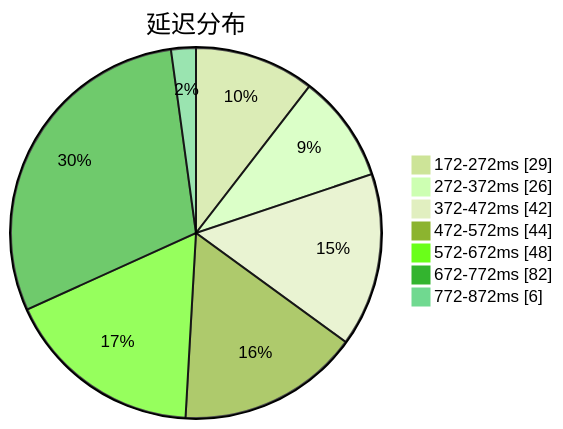
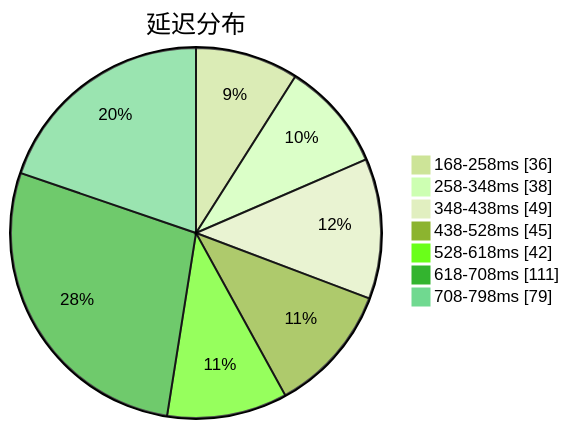
The first of 3 diagrams in subs/statistics/tested_within.md (qjlxg/airport), drawn with Mermaid (forest theme) before and after one commit. The commit also changed other lines of this file and 2 other files, not shown here.

````diff
--- a/subs/statistics/tested_within.md
+++ b/subs/statistics/tested_within.md
@@ -2,11 +2,11 @@
 ```mermaid
 pie showData
 title 延迟分布
-"172-272ms" : 29
-"272-372ms" : 26
-"372-472ms" : 42
-"472-572ms" : 44
-"572-672ms" : 48
-"672-772ms" : 82
-"772-872ms" : 6
+"168-258ms" : 36
+"258-348ms" : 38
+"348-438ms" : 49
+"438-528ms" : 45
+"528-618ms" : 42
+"618-708ms" : 111
+"708-798ms" : 79
 ```
````
